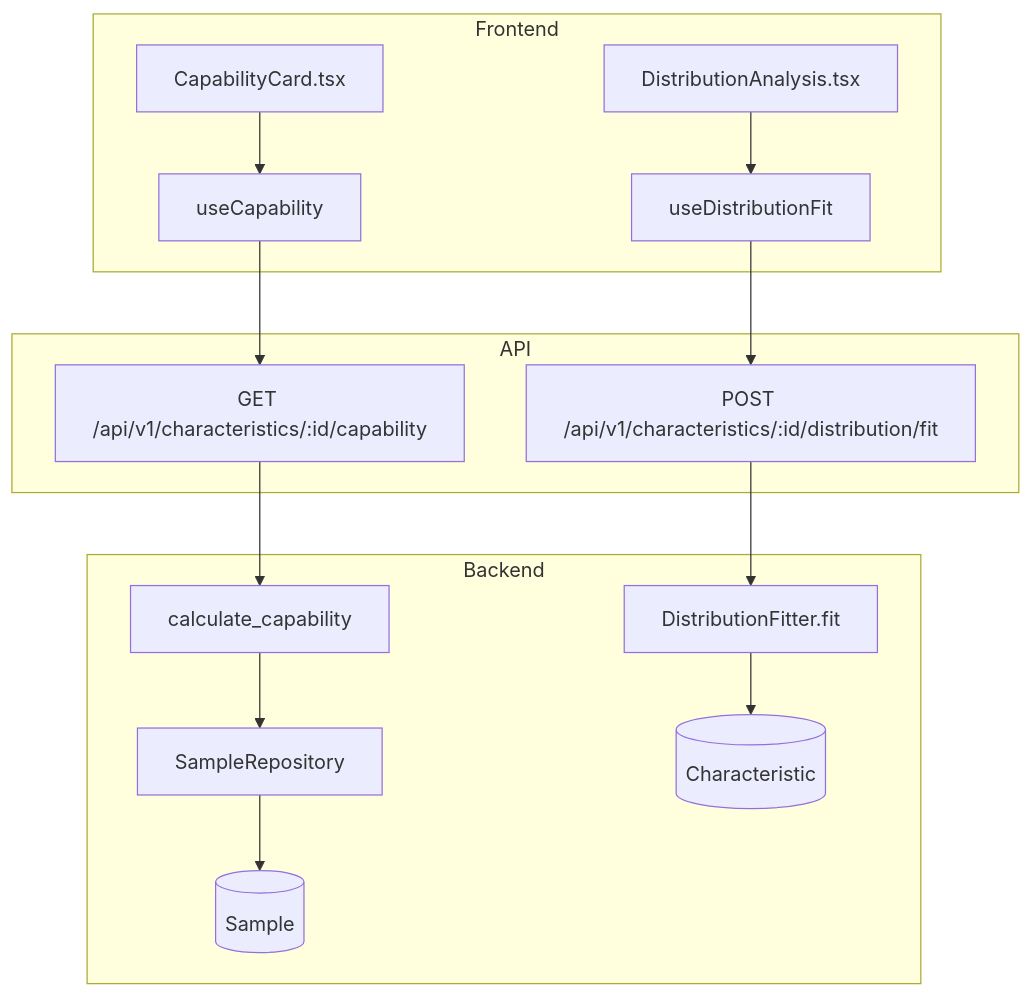
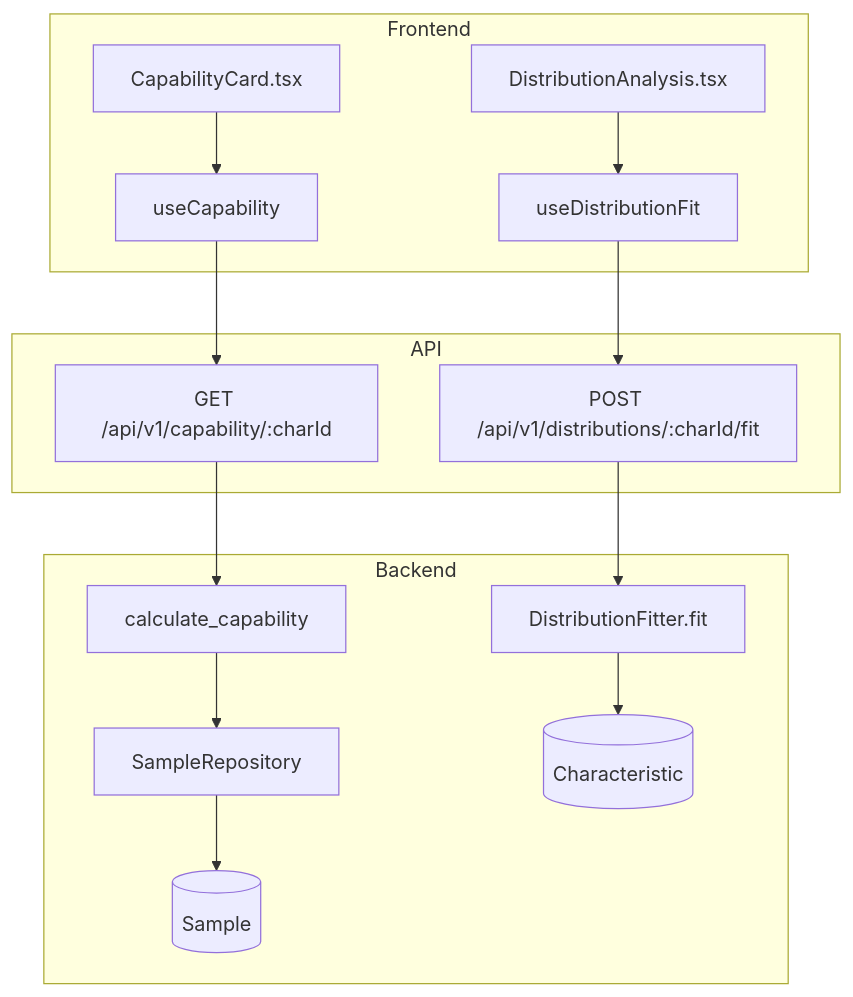
One commit to saturnis-io/cassini changed the first of 2 diagrams in .knowledge/features/capability.md. Above: the diagram before and after it, drawn with Mermaid. The commit also changed other lines of this file and 15 other files, not shown here.

Commit message:
knowledge-graph: regenerate

````diff
--- a/.knowledge/features/capability.md
+++ b/.knowledge/features/capability.md
@@ -5,18 +5,18 @@
 ```mermaid
 flowchart TD
     subgraph Frontend
         C1[CapabilityCard.tsx] --> H1[useCapability]
         C2[DistributionAnalysis.tsx] --> H2[useDistributionFit]
     end
     subgraph API
-        H1 --> E1[GET /api/v1/characteristics/:id/capability]
-        H2 --> E2[POST /api/v1/characteristics/:id/distribution/fit]
+        H1 --> E1[GET /api/v1/capability/:charId]
+        H2 --> E2[POST /api/v1/distributions/:charId/fit]
     end
     subgraph Backend
         E1 --> S1[calculate_capability]
         S1 --> R1[SampleRepository]
         R1 --> M1[(Sample)]
         E2 --> S2[DistributionFitter.fit]
         S2 --> M2[(Characteristic)]
     end
 ```
````
